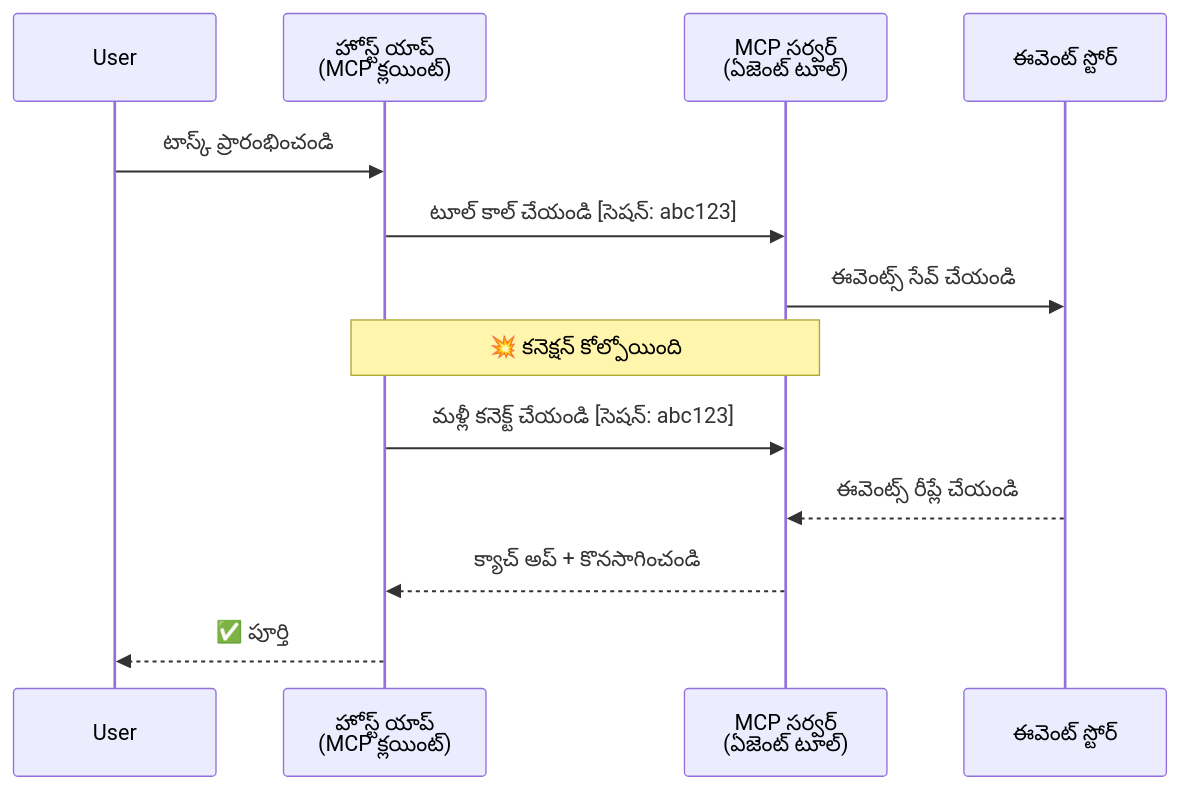
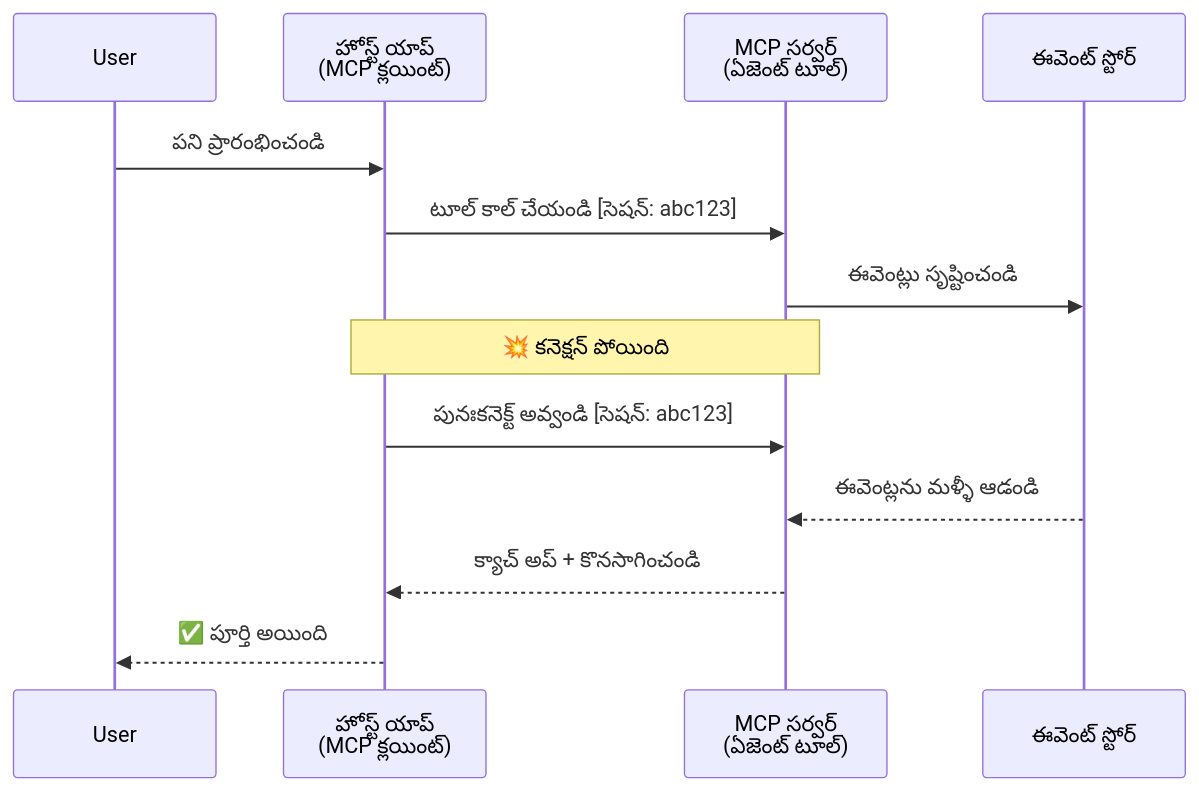
One commit to gabrielmoreira/agent-skills-mirror changed the second of 5 diagrams in mirrors/repos/microsoft@ai-agents-for-beginners/translations/te/11-agentic-protocols/code_samples/mcp-agents/README.md. Above: the diagram before and after it, drawn with Mermaid. The commit also changed other lines of this file and 4482 other files, not shown here.

````diff
--- a/mirrors/repos/microsoft@ai-agents-for-beginners/translations/te/11-agentic-protocols/code_samples/mcp-agents/README.md
+++ b/mirrors/repos/microsoft@ai-agents-for-beginners/translations/te/11-agentic-protocols/code_samples/mcp-agents/README.md
@@ -81,18 +82,18 @@
 ```mermaid
 sequenceDiagram
     participant User
     participant Host as హోస్ట్ యాప్<br/>(MCP క్లయింట్)
     participant Server as MCP సర్వర్<br/>(ఏజెంట్ టూల్)
     participant Store as ఈవెంట్ స్టోర్
 
-    User->>Host: టాస్క్ ప్రారంభించండి
+    User->>Host: పని ప్రారంభించండి
     Host->>Server: టూల్ కాల్ చేయండి [సెషన్: abc123]
-    Server->>Store: ఈవెంట్స్ సేవ్ చేయండి
+    Server->>Store: ఈవెంట్లు సృష్టించండి
 
-    Note over Host,Server: 💥 కనెక్షన్ కోల్పోయింది
+    Note over Host,Server: 💥 కనెక్షన్ పోయింది
 
-    Host->>Server: మళ్లీ కనెక్ట్ చేయండి [సెషన్: abc123]
-    Store-->>Server: ఈవెంట్స్ రీప్లే చేయండి
+    Host->>Server: పునఃకనెక్ట్ అవ్వండి [సెషన్: abc123]
+    Store-->>Server: ఈవెంట్లను మళ్ళీ ఆడండి
     Server-->>Host: క్యాచ్ అప్ + కొనసాగించండి
-    Host-->>User: ✅ పూర్తి
+    Host-->>User: ✅ పూర్తి అయింది
 ```
````
